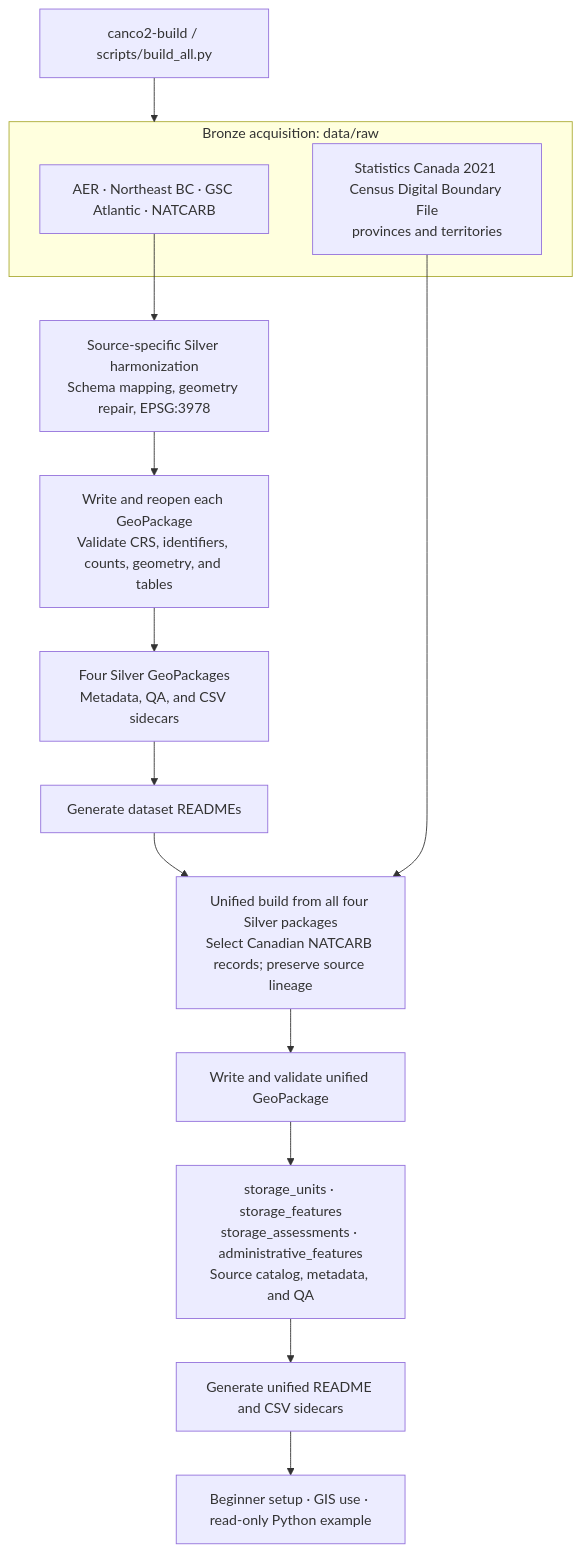
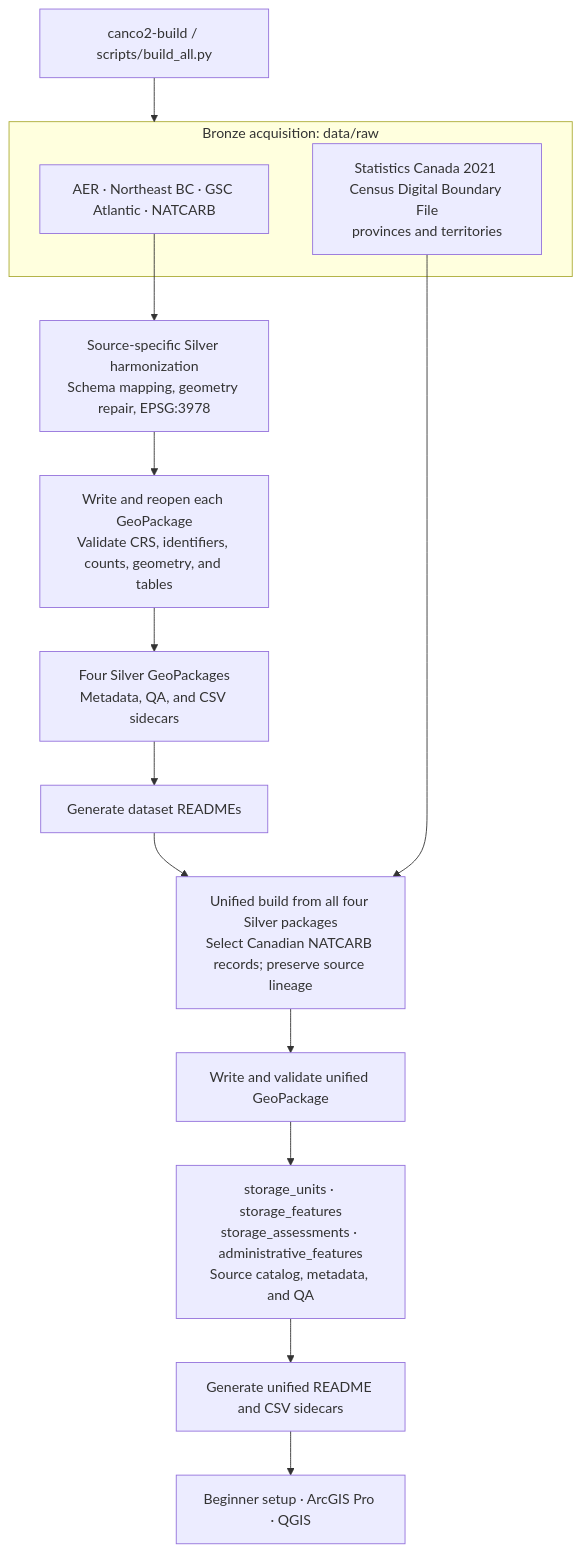
Before and after one commit to andrew-vigars/canco2-storage: the diagram in docs/workflow.md, drawn with Mermaid. The commit also changed other lines of this file and 3 other files, not shown here.

First line of the commit message:
docs: remove the optional unified Python example

````diff
--- a/docs/workflow.md
+++ b/docs/workflow.md
@@ -11,18 +11,18 @@
 ```mermaid
 flowchart TD
     Build["canco2-build / scripts/build_all.py"] --> Bronze
     subgraph Bronze["Bronze acquisition: data/raw"]
         Sources["AER · Northeast BC · GSC Atlantic · NATCARB"]
         Boundaries["Statistics Canada 2021 Census Digital Boundary File<br/>provinces and territories"]
     end
     Sources --> Harmonize["Source-specific Silver harmonization<br/>Schema mapping, geometry repair, EPSG:3978"]
     Harmonize --> SilverQA["Write and reopen each GeoPackage<br/>Validate CRS, identifiers, counts, geometry, and tables"]
     SilverQA --> Silver["Four Silver GeoPackages<br/>Metadata, QA, and CSV sidecars"]
     Silver --> SourceDocs["Generate dataset READMEs"]
     SourceDocs --> Unified["Unified build from all four Silver packages<br/>Select Canadian NATCARB records; preserve source lineage"]
     Boundaries --> Unified
     Unified --> UnifiedQA["Write and validate unified GeoPackage"]
     UnifiedQA --> Tables["storage_units · storage_features<br/>storage_assessments · administrative_features<br/>Source catalog, metadata, and QA"]
     Tables --> Docs["Generate unified README and CSV sidecars"]
-    Docs --> Use["Beginner setup · GIS use · read-only Python example"]
+    Docs --> Use["Beginner setup · ArcGIS Pro · QGIS"]
 ```
````
